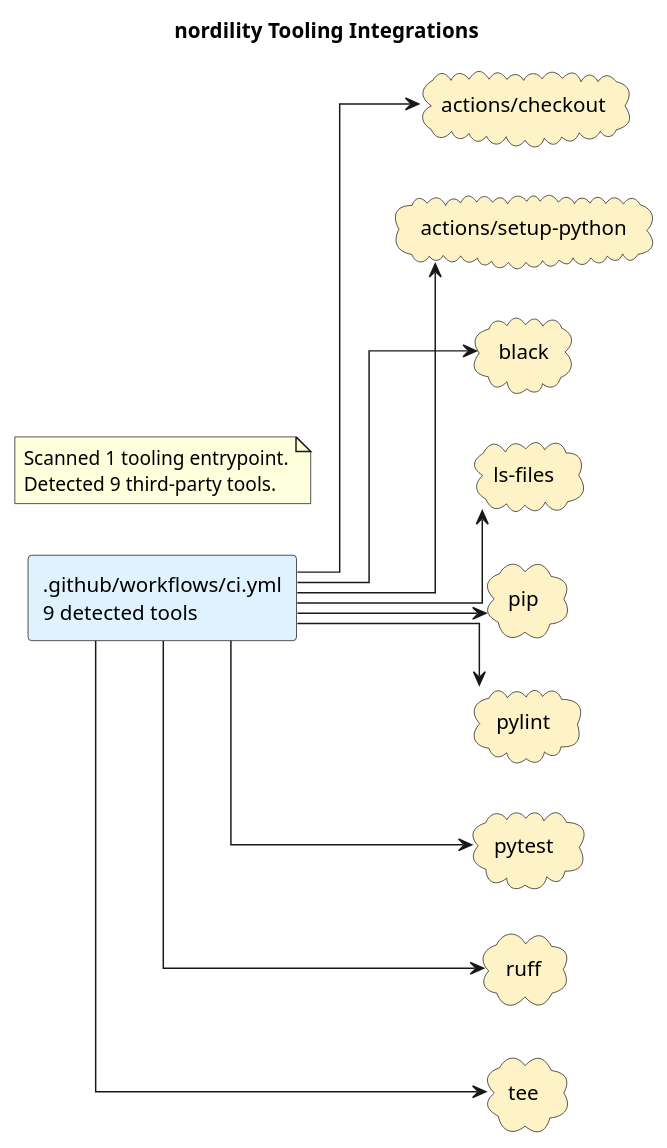
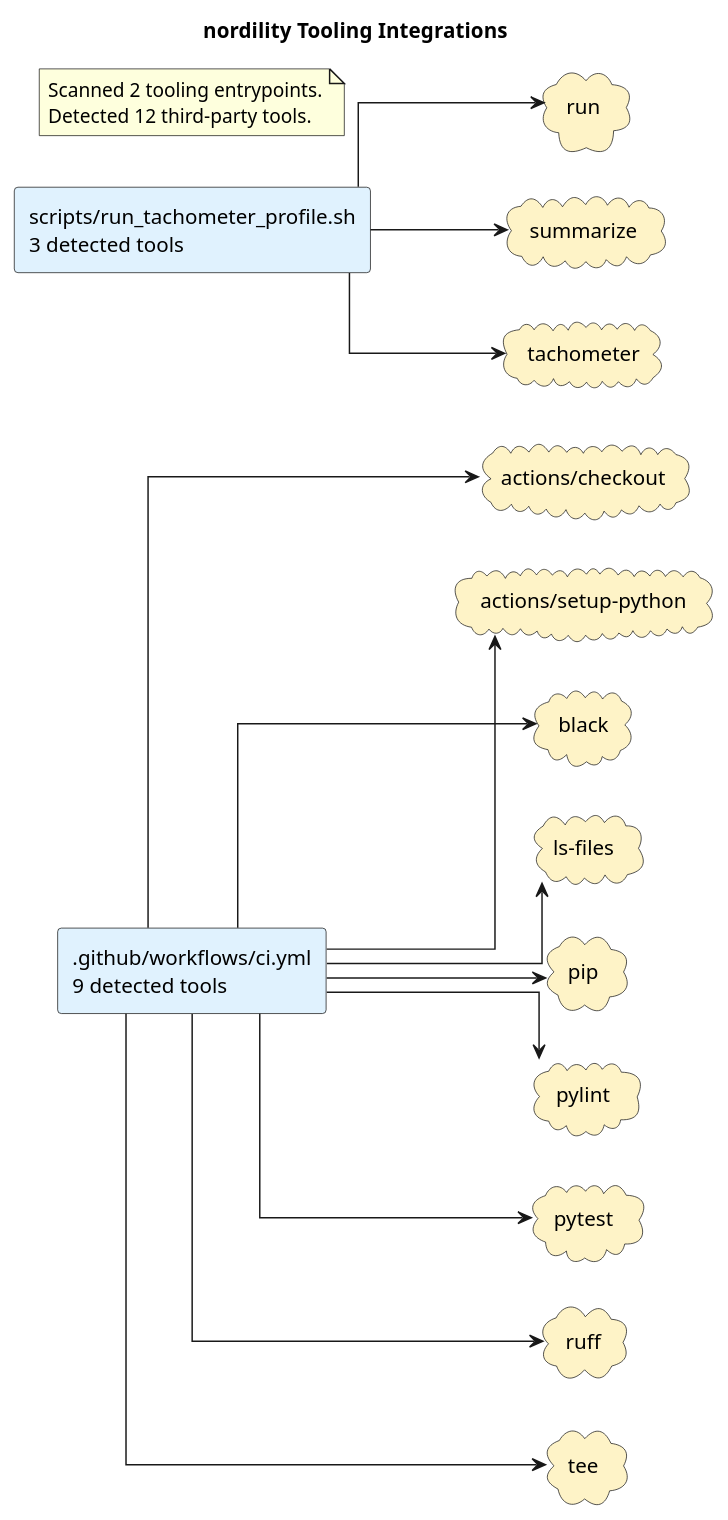
Before and after one commit to casonk/nordility: the diagram in docs/diagrams/tooling-integrations.puml, drawn with PlantUML. The commit also changed 3 other files, not shown here.

Commit message:
docs: refresh integration diagrams

```diff
--- a/docs/diagrams/tooling-integrations.puml
+++ b/docs/diagrams/tooling-integrations.puml
@@ -1,31 +1,38 @@
 @startuml
 title nordility Tooling Integrations
 left to right direction
 skinparam shadowing false
 skinparam defaultFontName Monospace
 skinparam componentStyle rectangle
 skinparam linetype ortho
 rectangle ".github/workflows/ci.yml\n9 detected tools" as source_github_workflows_ci_yml #E0F2FE
+rectangle "scripts/run_tachometer_profile.sh\n3 detected tools" as source_scripts_run_tachometer_profile_sh #E0F2FE
 cloud "actions/checkout" as tool_actions_checkout #FEF3C7
 cloud "actions/setup-python" as tool_actions_setup_python #FEF3C7
 cloud "black" as tool_black #FEF3C7
 cloud "ls-files" as tool_ls_files #FEF3C7
 cloud "pip" as tool_pip #FEF3C7
 cloud "pylint" as tool_pylint #FEF3C7
 cloud "pytest" as tool_pytest #FEF3C7
 cloud "ruff" as tool_ruff #FEF3C7
+cloud "run" as tool_run #FEF3C7
+cloud "summarize" as tool_summarize #FEF3C7
+cloud "tachometer" as tool_tachometer #FEF3C7
 cloud "tee" as tool_tee #FEF3C7
 source_github_workflows_ci_yml --> tool_actions_checkout
 source_github_workflows_ci_yml --> tool_actions_setup_python
 source_github_workflows_ci_yml --> tool_black
 source_github_workflows_ci_yml --> tool_ls_files
 source_github_workflows_ci_yml --> tool_pip
 source_github_workflows_ci_yml --> tool_pylint
 source_github_workflows_ci_yml --> tool_pytest
 source_github_workflows_ci_yml --> tool_ruff
 source_github_workflows_ci_yml --> tool_tee
+source_scripts_run_tachometer_profile_sh --> tool_run
+source_scripts_run_tachometer_profile_sh --> tool_summarize
+source_scripts_run_tachometer_profile_sh --> tool_tachometer
 note as toolingGraphSummary
-Scanned 1 tooling entrypoint.
-Detected 9 third-party tools.
+Scanned 2 tooling entrypoints.
+Detected 12 third-party tools.
 end note
 @enduml
```
